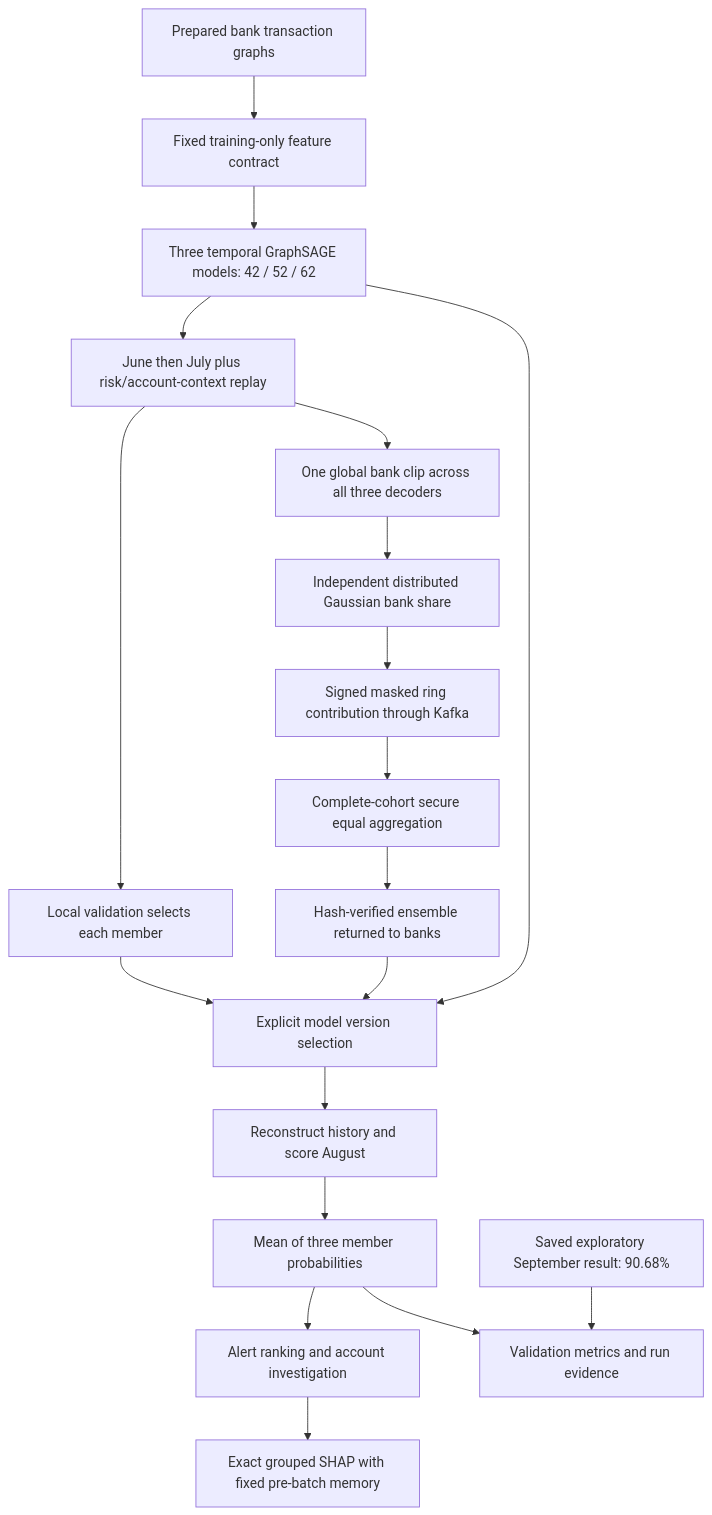
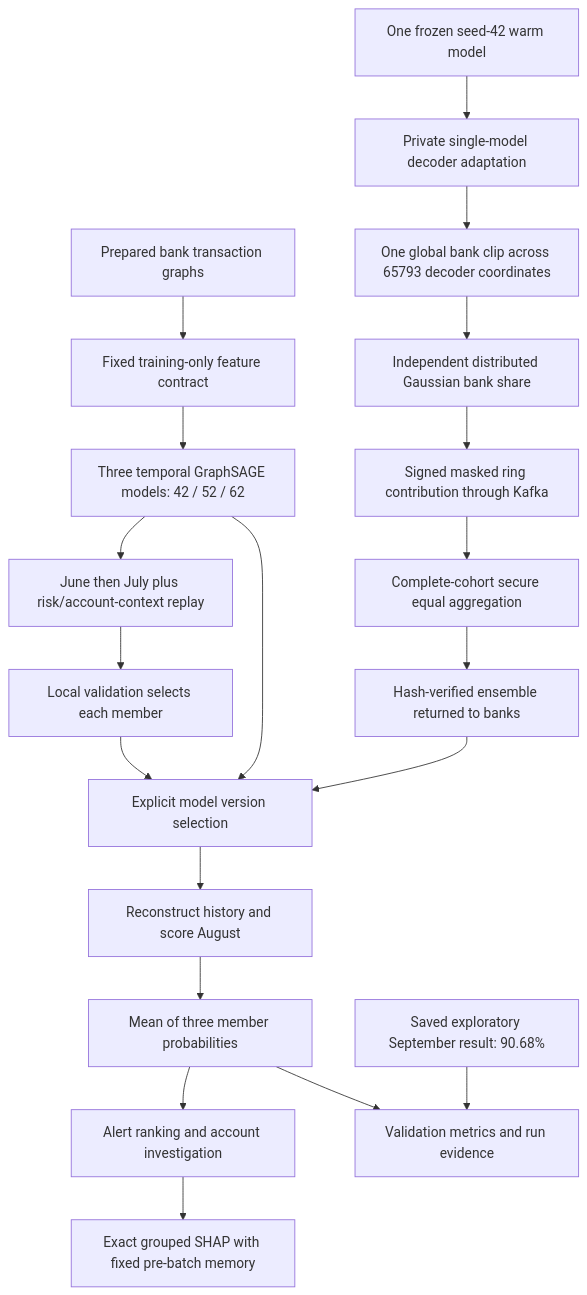
Before and after one commit to AnshulBanda/Federated-Continual-Learning: the diagram in README.md, drawn with Mermaid. The commit also changed other lines of this file and 110 other files, not shown here.

Commit message:
feat: restore single-model four-round private decoder utility

````diff
--- a/README.md
+++ b/README.md
@@ -71,21 +71,22 @@
 ```mermaid
 flowchart TD
     Data[Prepared bank transaction graphs] --> Schema[Fixed training-only feature contract]
     Schema --> Members[Three temporal GraphSAGE models: 42 / 52 / 62]
     Members --> Train[June then July plus risk/account-context replay]
     Train --> Local[Local validation selects each member]
-    Train --> Clip[One global bank clip across all three decoders]
+    Warm[One frozen seed-42 warm model] --> PrivateTrain[Private single-model decoder adaptation]
+    PrivateTrain --> Clip[One global bank clip across 65793 decoder coordinates]
     Clip --> Noise[Independent distributed Gaussian bank share]
     Noise --> Send[Signed masked ring contribution through Kafka]
     Send --> Central[Complete-cohort secure equal aggregation]
     Central --> Receive[Hash-verified ensemble returned to banks]
     Local --> Select[Explicit model version selection]
     Receive --> Select
     Members --> Select
     Select --> Replay[Reconstruct history and score August]
     Replay --> Average[Mean of three member probabilities]
     Average --> Alerts[Alert ranking and account investigation]
     Alerts --> XAI[Exact grouped SHAP with fixed pre-batch memory]
     Average --> Results[Validation metrics and run evidence]
     Saved[Saved exploratory September result: 90.68%] --> Results
 ```
````
